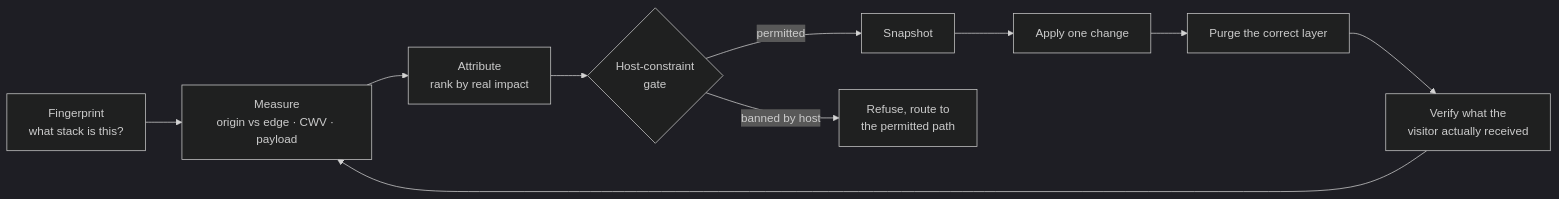
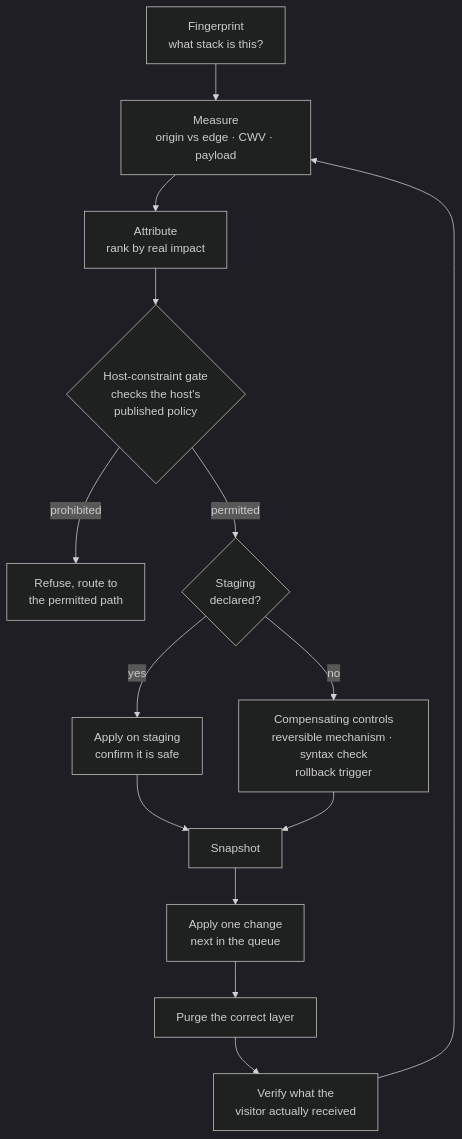
The third of 3 diagrams in README.md (billylui/wordpress-performance-skills), drawn with Mermaid (dark theme) before and after one commit. The commit also changed other lines of this file and 9 other files, not shown here.

````diff
--- a/README.md
+++ b/README.md
@@ -177,12 +178,16 @@
 ```mermaid
-flowchart LR
+flowchart TD
     F["Fingerprint<br/>what stack is this?"] --> M["Measure<br/>origin vs edge · CWV · payload"]
     M --> A["Attribute<br/>rank by real impact"]
-    A --> G{"Host-constraint<br/>gate"}
-    G -->|permitted| S["Snapshot"]
-    G -->|banned by host| R["Refuse, route to<br/>the permitted path"]
-    S --> AP["Apply one change"]
+    A --> G{"Host-constraint gate<br/>checks the host's<br/>published policy"}
+    G -->|prohibited| R["Refuse, route to<br/>the permitted path"]
+    G -->|permitted| ST{"Staging<br/>declared?"}
+    ST -->|yes| SG["Apply on staging<br/>confirm it is safe"]
+    ST -->|no| CC["Compensating controls<br/>reversible mechanism · syntax check<br/>rollback trigger"]
+    SG --> S["Snapshot"]
+    CC --> S
+    S --> AP["Apply one change<br/>next in the queue"]
     AP --> PG["Purge the correct layer"]
     PG --> V["Verify what the<br/>visitor actually received"]
     V --> M
 ```
````
